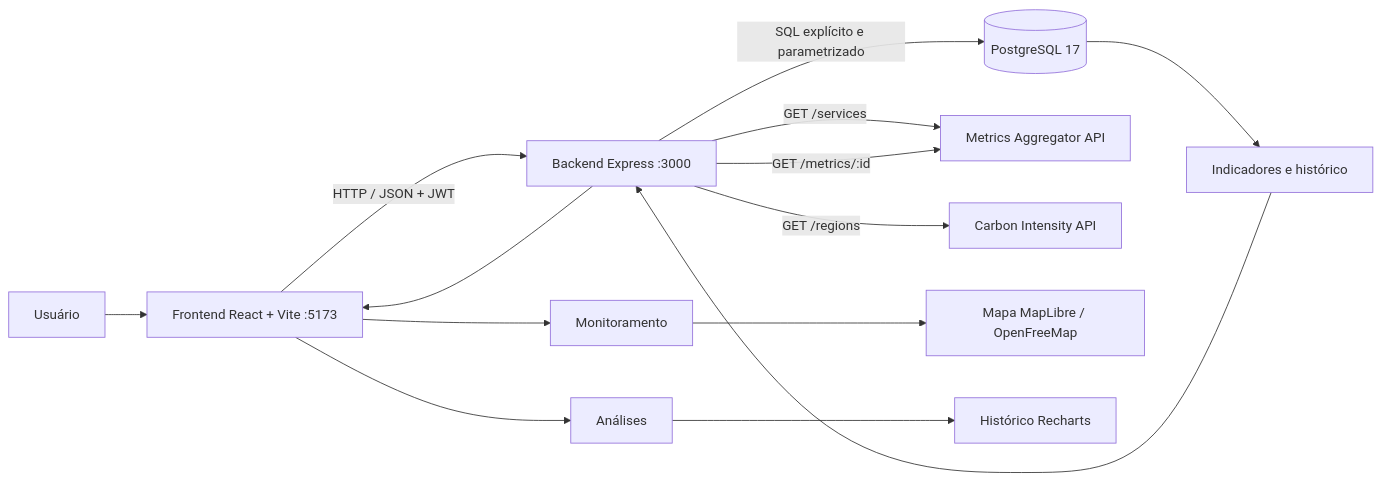
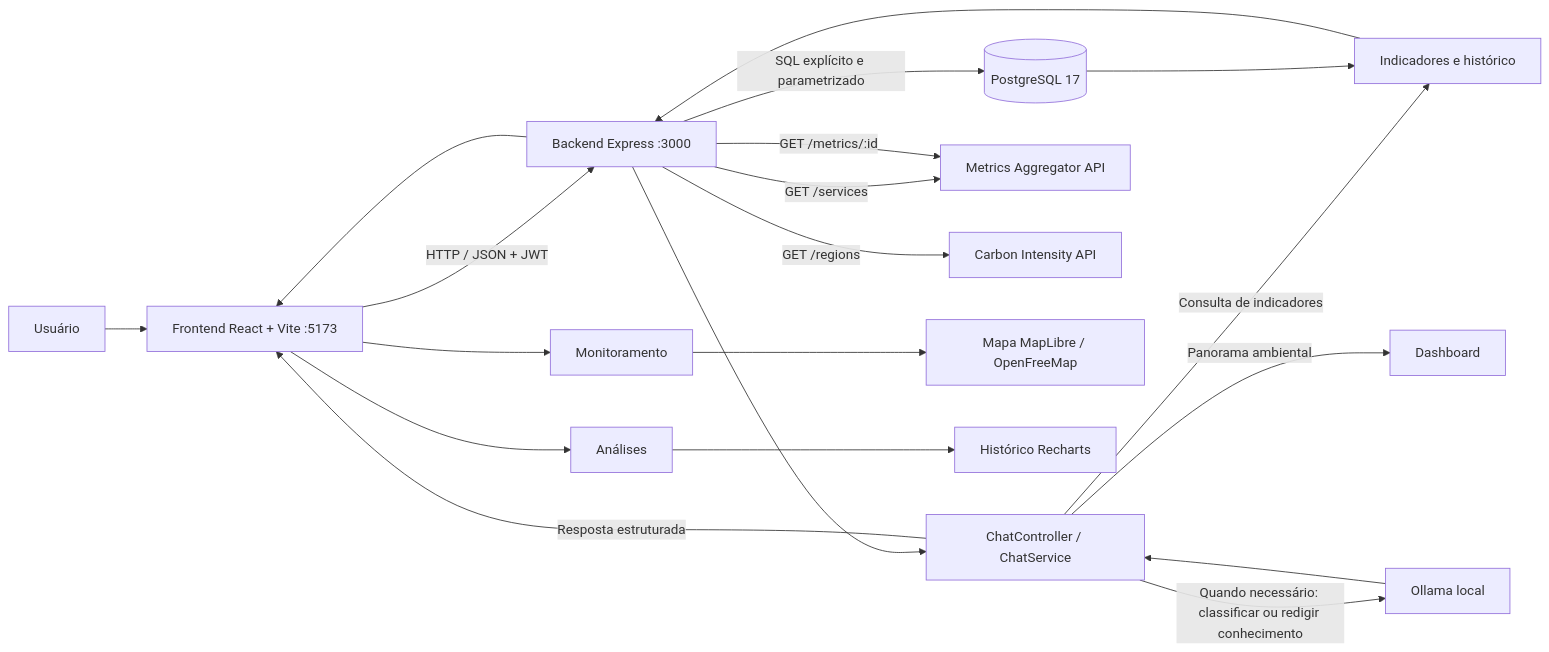
One commit to let-zapplin/GreenER changed the first of 7 diagrams in docs/arquitetura.md. Above: the diagram before and after it, drawn with Mermaid. The commit also changed other lines of this file and 2 other files, not shown here.

````diff
--- a/docs/arquitetura.md
+++ b/docs/arquitetura.md
@@ -25,23 +27,29 @@
 ```mermaid
 flowchart LR
     U[Usuário] --> F[Frontend React + Vite :5173]
 
     F -->|HTTP / JSON + JWT| B[Backend Express :3000]
 
     B -->|SQL explícito e parametrizado| P[(PostgreSQL 17)]
+    B --> K[ChatController / ChatService]
+    K -->|Consulta de indicadores| I
+    K -->|Panorama ambiental| D[Dashboard]
+    K -->|Quando necessário: classificar ou redigir conhecimento| O[Ollama local]
+    O --> K
+    K -->|Resposta estruturada| F
 
     B -->|GET /services| M[Metrics Aggregator API]
     B -->|GET /metrics/:id| M
 
     B -->|GET /regions| C[Carbon Intensity API]
 
     P --> I[Indicadores e histórico]
     I --> B
 
     B --> F
 
     F --> MON[Monitoramento]
     F --> ANA[Análises]
     MON --> MAP[Mapa MapLibre / OpenFreeMap]
     ANA --> CHART[Histórico Recharts]
 ```
````
